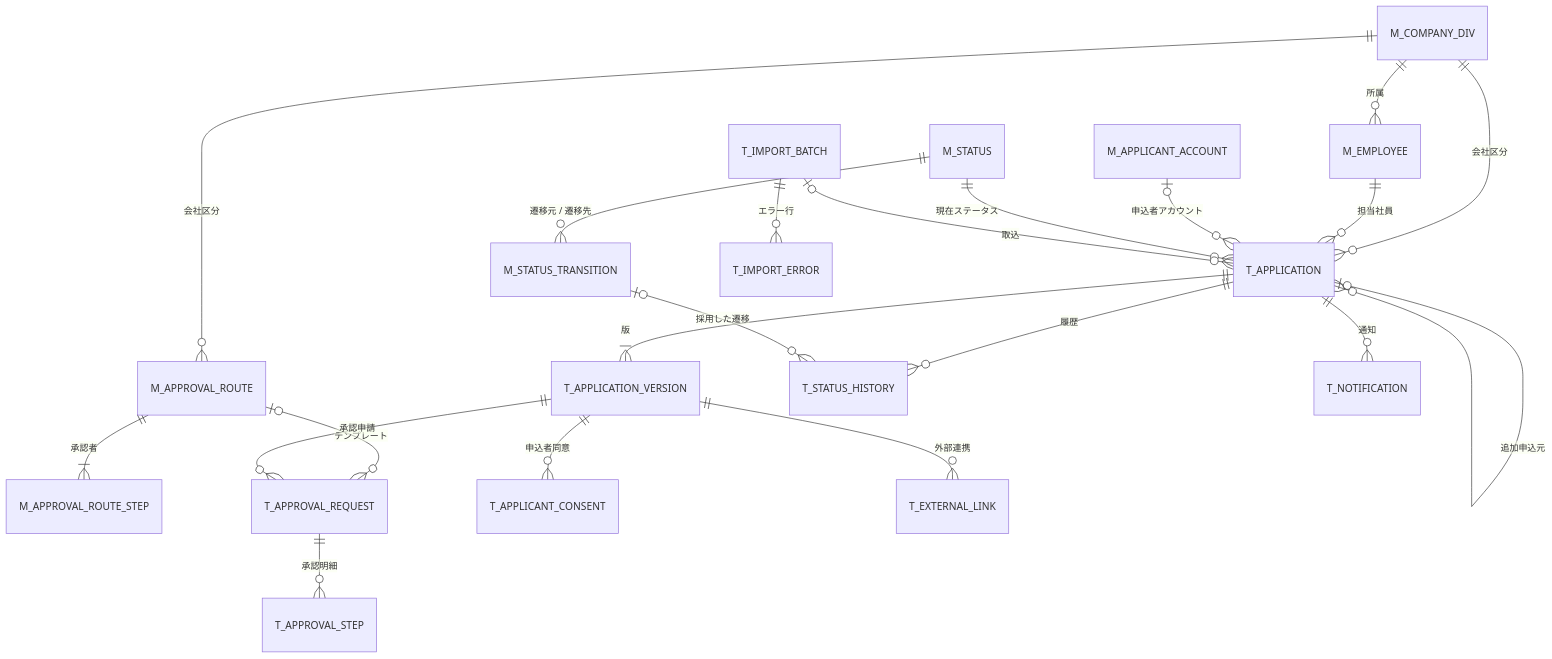
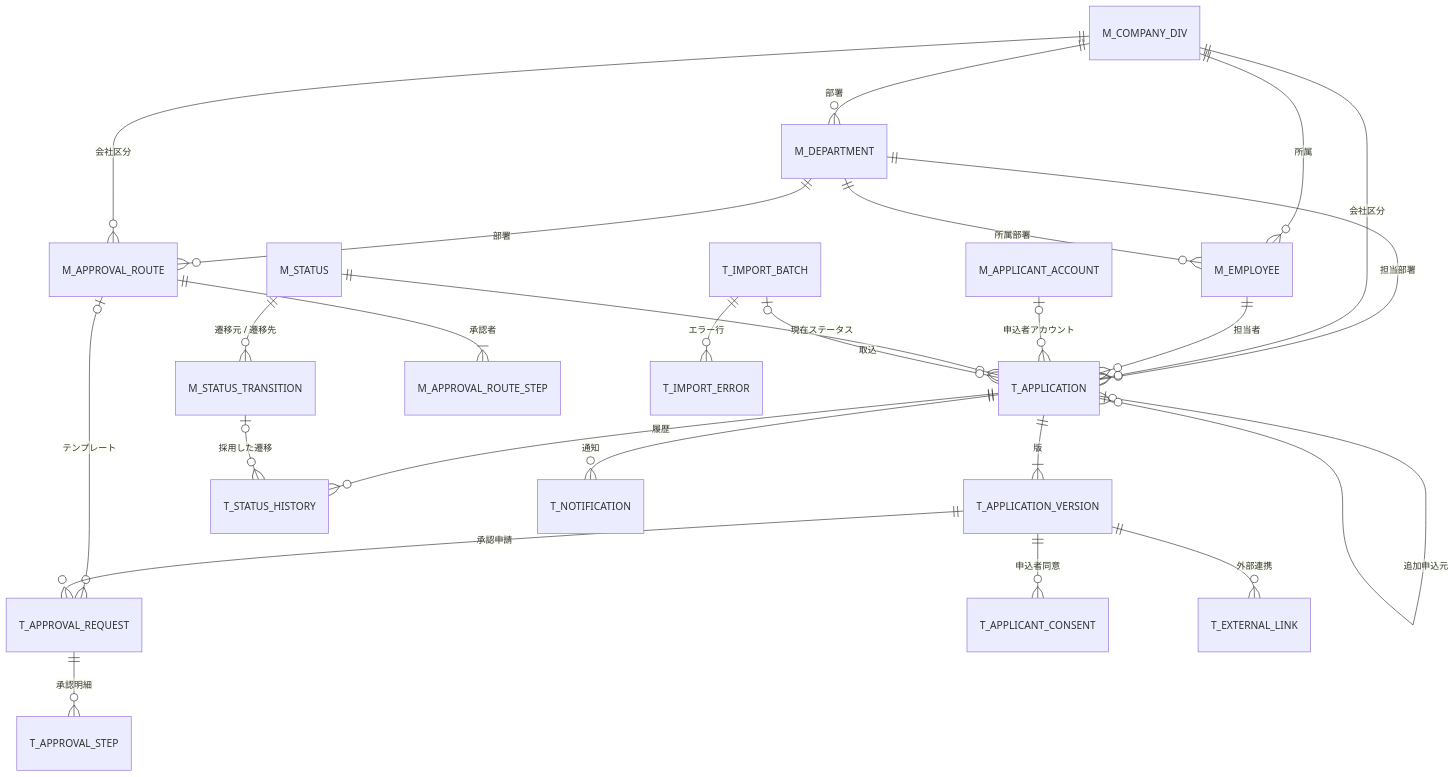
The diagram in docs/basic-design/06-er-diagram.md (yasudaProduct/JavaServletSample2), drawn with Mermaid before and after one commit. The commit also changed other lines of this file and 13 other files, not shown here.

````diff
--- a/docs/basic-design/06-er-diagram.md
+++ b/docs/basic-design/06-er-diagram.md
@@ -19,23 +19,27 @@
 ```mermaid
 erDiagram
+    M_COMPANY_DIV ||--o{ M_DEPARTMENT : "部署"
     M_COMPANY_DIV ||--o{ M_EMPLOYEE : "所属"
+    M_DEPARTMENT ||--o{ M_EMPLOYEE : "所属部署"
+    M_DEPARTMENT ||--o{ M_APPROVAL_ROUTE : "部署"
+    M_DEPARTMENT ||--o{ T_APPLICATION : "担当部署"
     M_COMPANY_DIV ||--o{ M_APPROVAL_ROUTE : "会社区分"
     M_COMPANY_DIV ||--o{ T_APPLICATION : "会社区分"
-    M_EMPLOYEE ||--o{ T_APPLICATION : "担当社員"
+    M_EMPLOYEE ||--o{ T_APPLICATION : "担当者"
     M_APPLICANT_ACCOUNT |o--o{ T_APPLICATION : "申込者アカウント"
     M_STATUS ||--o{ T_APPLICATION : "現在ステータス"
     M_STATUS ||--o{ M_STATUS_TRANSITION : "遷移元 / 遷移先"
     M_APPROVAL_ROUTE ||--|{ M_APPROVAL_ROUTE_STEP : "承認者"
     M_APPROVAL_ROUTE |o--o{ T_APPROVAL_REQUEST : "テンプレート"
     T_IMPORT_BATCH ||--o{ T_IMPORT_ERROR : "エラー行"
     T_IMPORT_BATCH |o--o{ T_APPLICATION : "取込"
     T_APPLICATION |o--o{ T_APPLICATION : "追加申込元"
     T_APPLICATION ||--|{ T_APPLICATION_VERSION : "版"
     T_APPLICATION ||--o{ T_STATUS_HISTORY : "履歴"
     T_APPLICATION ||--o{ T_NOTIFICATION : "通知"
     T_APPLICATION_VERSION ||--o{ T_APPROVAL_REQUEST : "承認申請"
     T_APPROVAL_REQUEST ||--o{ T_APPROVAL_STEP : "承認明細"
     T_APPLICATION_VERSION ||--o{ T_APPLICANT_CONSENT : "申込者同意"
     T_APPLICATION_VERSION ||--o{ T_EXTERNAL_LINK : "外部連携"
     M_STATUS_TRANSITION |o--o{ T_STATUS_HISTORY : "採用した遷移"
 ```
````
